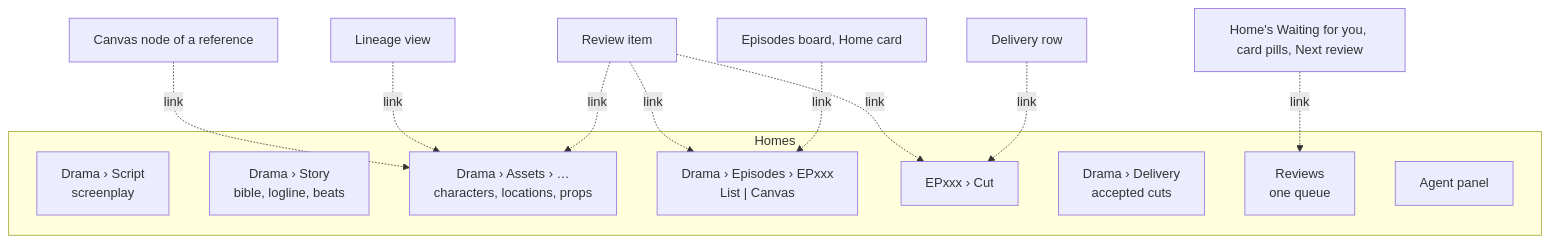
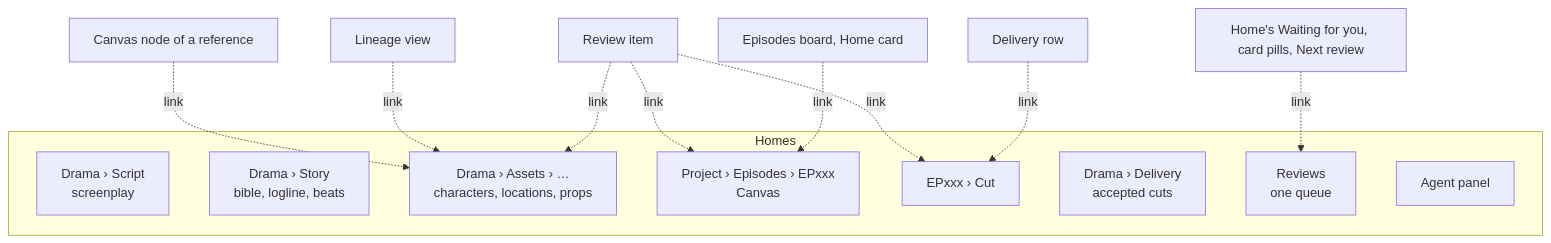
Before and after one commit to PineComputer/open-pinedrama: the second of 7 diagrams in docs/design-principles.md, drawn with Mermaid. The commit also changed other lines of this file and 3 other files, not shown here.

Commit message:
docs: D66 an episode is its Canvas, in drama-cli's export layout, superseding D63; the docs follow

````diff
--- a/docs/design-principles.md
+++ b/docs/design-principles.md
@@ -137,21 +137,21 @@
 ```mermaid
 flowchart TB
   subgraph Homes
     Script["Drama › Script<br/>screenplay"]
     Story["Drama › Story<br/>bible, logline, beats"]
     Assets["Drama › Assets › …<br/>characters, locations, props"]
-    Episode["Drama › Episodes › EPxxx<br/>List | Canvas"]
+    Episode["Project › Episodes › EPxxx<br/>Canvas"]
     Cut["EPxxx › Cut"]
     Delivery["Drama › Delivery<br/>accepted cuts"]
     Reviews["Reviews<br/>one queue"]
     Agent["Agent panel"]
   end
   Node["Canvas node of a reference"] -.link.-> Assets
   Lineage["Lineage view"] -.link.-> Assets
   ReviewItem["Review item"] -.link.-> Assets
   ReviewItem -.link.-> Episode
   ReviewItem -.link.-> Cut
   Board["Episodes board, Home card"] -.link.-> Episode
   DeliveryRow["Delivery row"] -.link.-> Cut
   Preview["Home's Waiting for you, card pills, Next review"] -.link.-> Reviews
 ```
````
